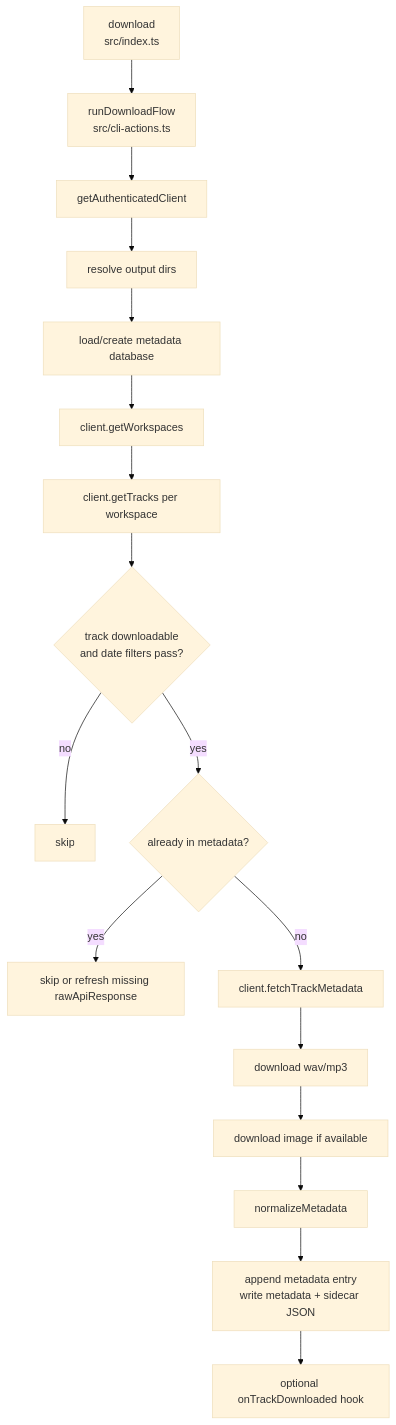
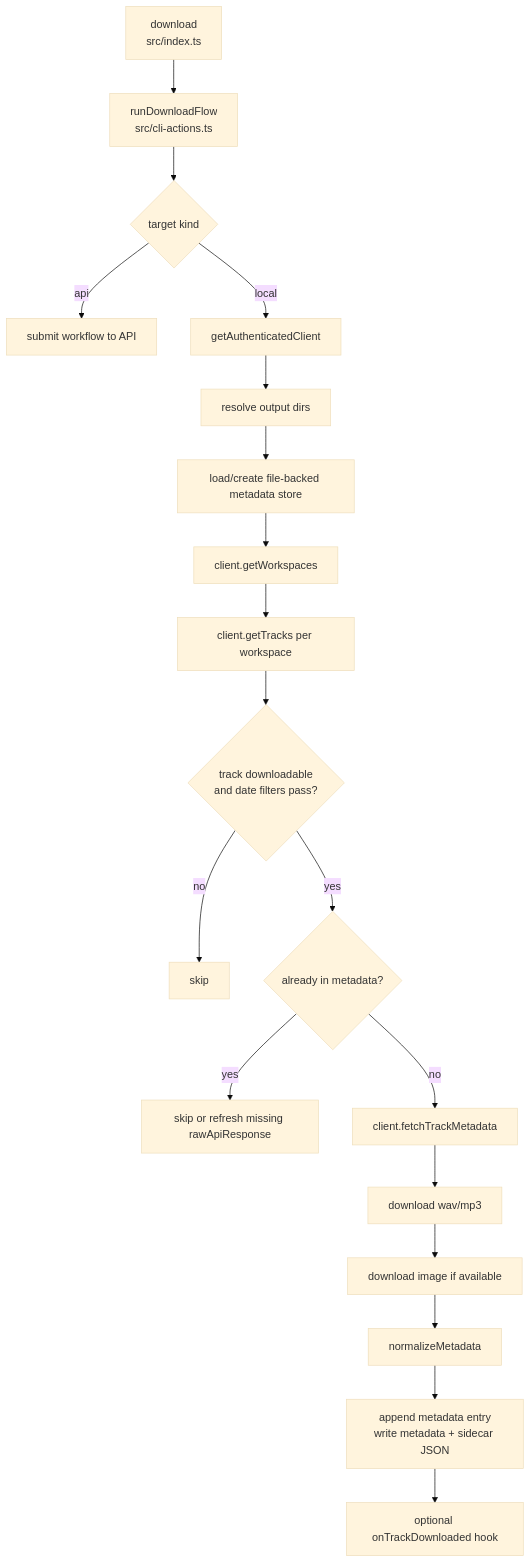
One commit to mikeygnyc/SunoLibrarian changed the fourth of 9 diagrams in docs/cli-program-flow.md. Above: the diagram before and after it, drawn with Mermaid (base theme). The commit also changed other lines of this file and 40 other files, not shown here.

First line of the commit message:
feat: add architecture simplification checklist and testing guide

````diff
--- a/docs/cli-program-flow.md
+++ b/docs/cli-program-flow.md
@@ -158,19 +172,21 @@
 ```mermaid
 flowchart TD
   A["download<br/>src/index.ts"] --> B["runDownloadFlow<br/>src/cli-actions.ts"]
-  B --> C["getAuthenticatedClient"]
-  C --> D["resolve output dirs"]
-  D --> E["load/create metadata database"]
-  E --> F["client.getWorkspaces"]
-  F --> G["client.getTracks per workspace"]
-  G --> H{"track downloadable<br/>and date filters pass?"}
-  H -- no --> I["skip"]
-  H -- yes --> J{"already in metadata?"}
-  J -- yes --> K["skip or refresh missing rawApiResponse"]
-  J -- no --> L["client.fetchTrackMetadata"]
-  L --> M["download wav/mp3"]
-  M --> N["download image if available"]
-  N --> O["normalizeMetadata"]
-  O --> P["append metadata entry<br/>write metadata + sidecar JSON"]
-  P --> Q["optional onTrackDownloaded hook"]
+  B --> C{"target kind"}
+  C -- "api" --> D["submit workflow to API"]
+  C -- "local" --> E["getAuthenticatedClient"]
+  E --> F["resolve output dirs"]
+  F --> G["load/create file-backed metadata store"]
+  G --> H["client.getWorkspaces"]
+  H --> I["client.getTracks per workspace"]
+  I --> J{"track downloadable<br/>and date filters pass?"}
+  J -- no --> K["skip"]
+  J -- yes --> L{"already in metadata?"}
+  L -- yes --> M["skip or refresh missing rawApiResponse"]
+  L -- no --> N["client.fetchTrackMetadata"]
+  N --> O["download wav/mp3"]
+  O --> P["download image if available"]
+  P --> Q["normalizeMetadata"]
+  Q --> R["append metadata entry<br/>write metadata + sidecar JSON"]
+  R --> S["optional onTrackDownloaded hook"]
 ```
````
